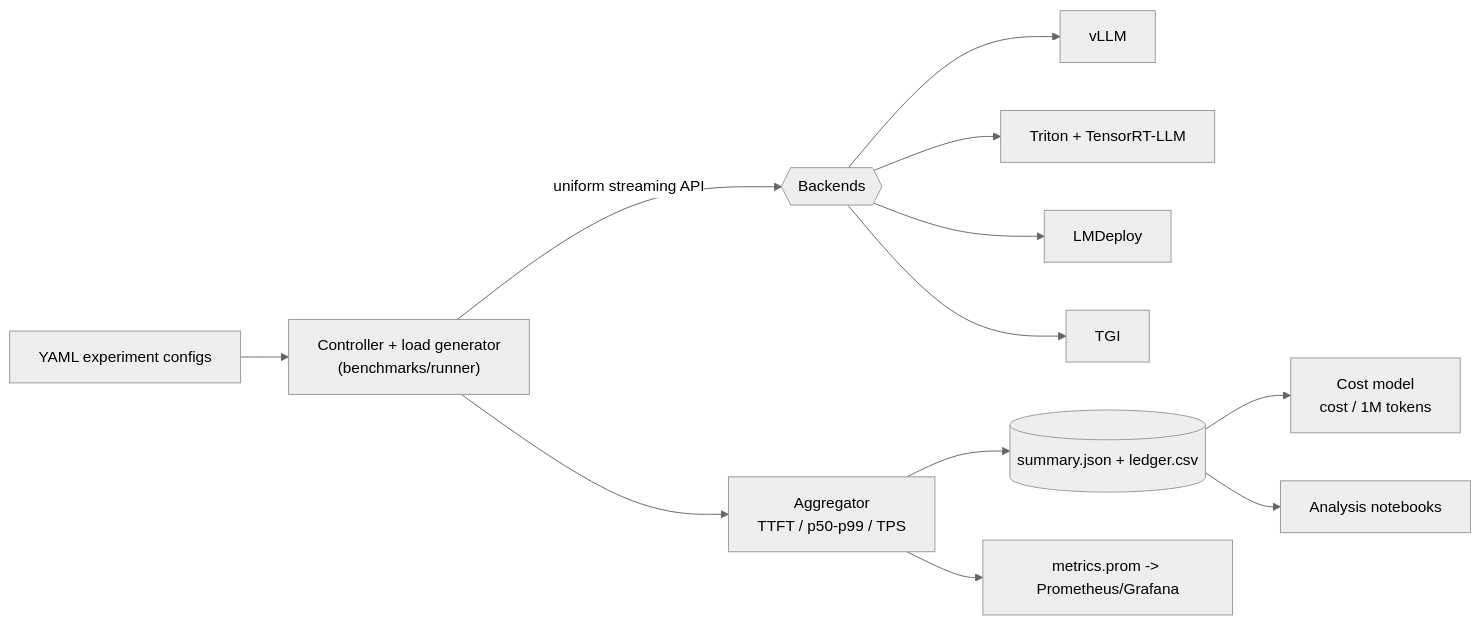
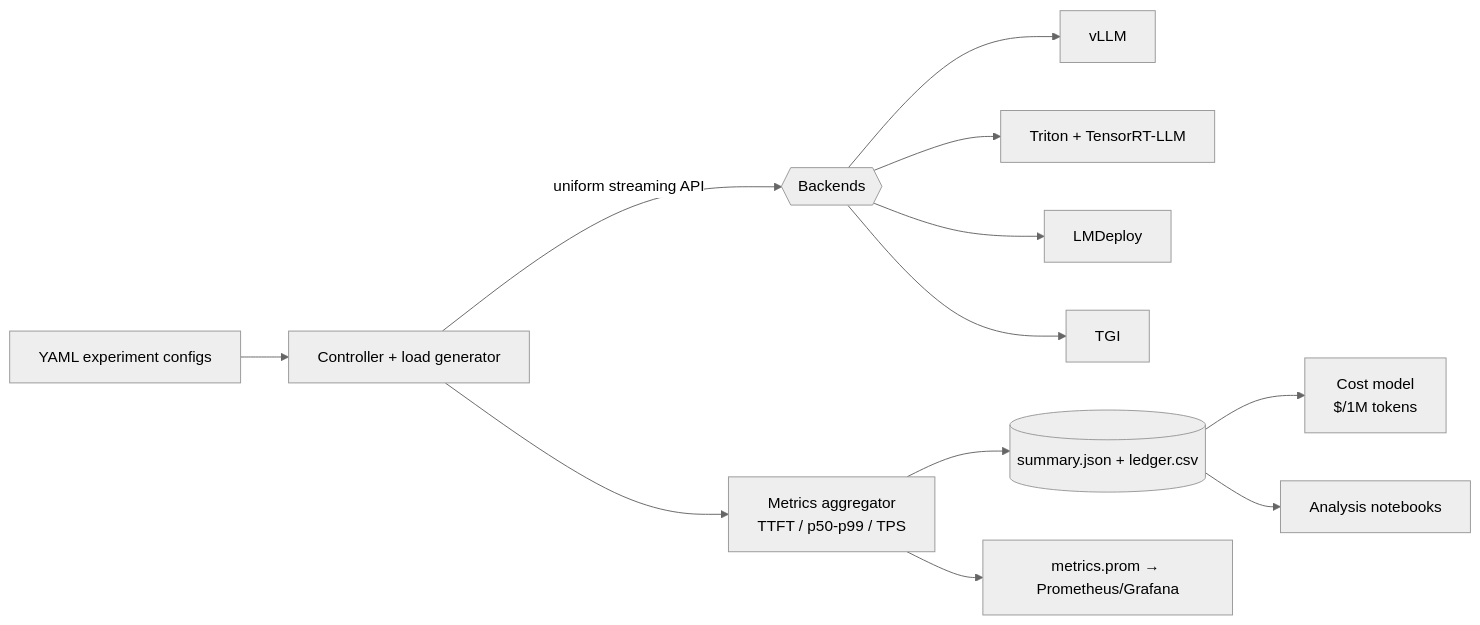
One commit to ukexe/trt-llm-triton-benchmark-suite changed the diagram in README.md. Above: the diagram before and after it, drawn with Mermaid (neutral theme). The commit also changed other lines of this file, not shown here.

````diff
--- a/README.md
+++ b/README.md
@@ -28,14 +40,14 @@
 ```mermaid
 flowchart LR
-  cfg[YAML experiment configs] --> ctl["Controller + load generator<br/>(benchmarks/runner)"]
+  cfg[YAML experiment configs] --> ctl["Controller + load generator"]
   ctl -->|uniform streaming API| be{{Backends}}
   be --> vllm[vLLM]
   be --> triton[Triton + TensorRT-LLM]
   be --> lmd[LMDeploy]
   be --> tgi[TGI]
-  ctl --> agg["Aggregator<br/>TTFT / p50-p99 / TPS"]
+  ctl --> agg["Metrics aggregator<br/>TTFT / p50-p99 / TPS"]
   agg --> sum[(summary.json + ledger.csv)]
-  agg --> prom[metrics.prom -> Prometheus/Grafana]
-  sum --> cost["Cost model<br/>cost / 1M tokens"]
+  agg --> prom[metrics.prom → Prometheus/Grafana]
+  sum --> cost["Cost model<br/>$/1M tokens"]
   sum --> nb[Analysis notebooks]
 ```
````
